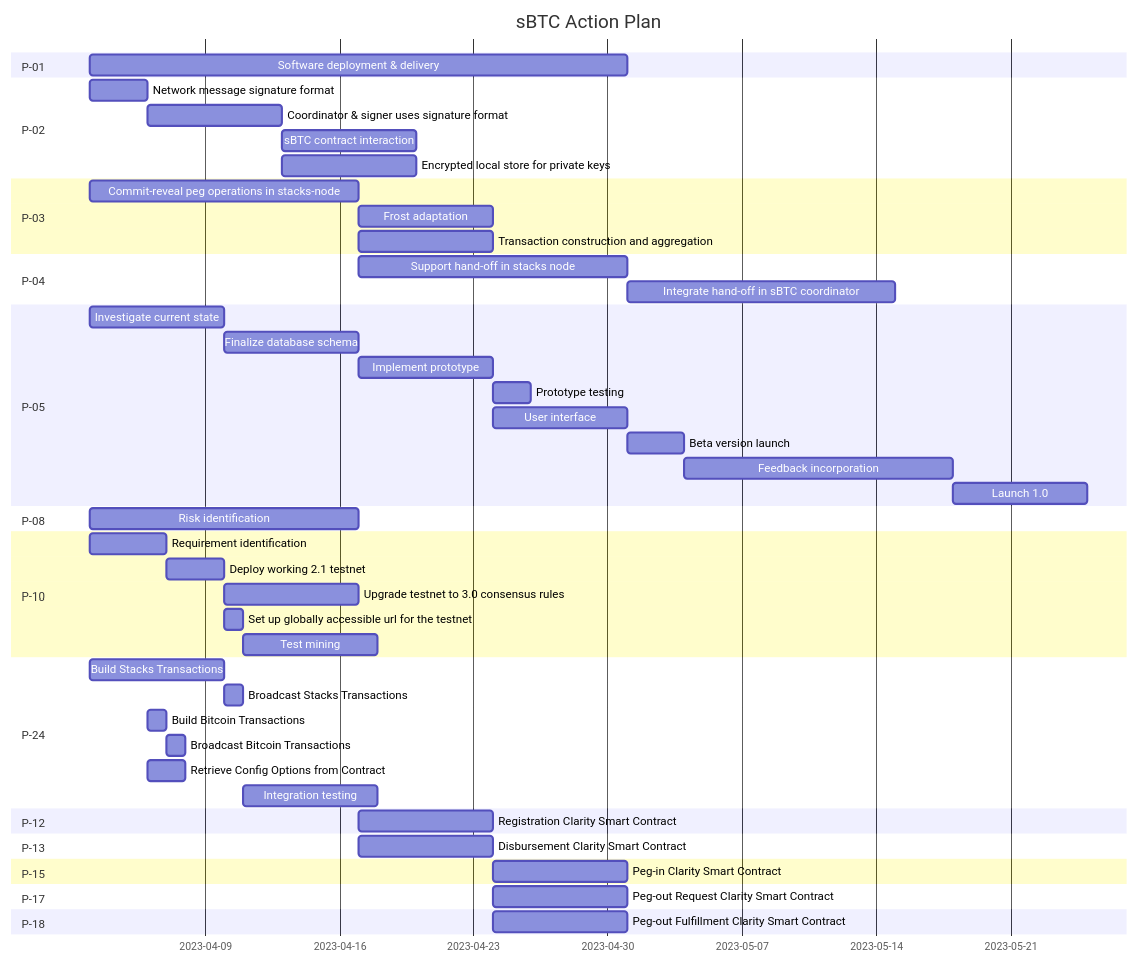
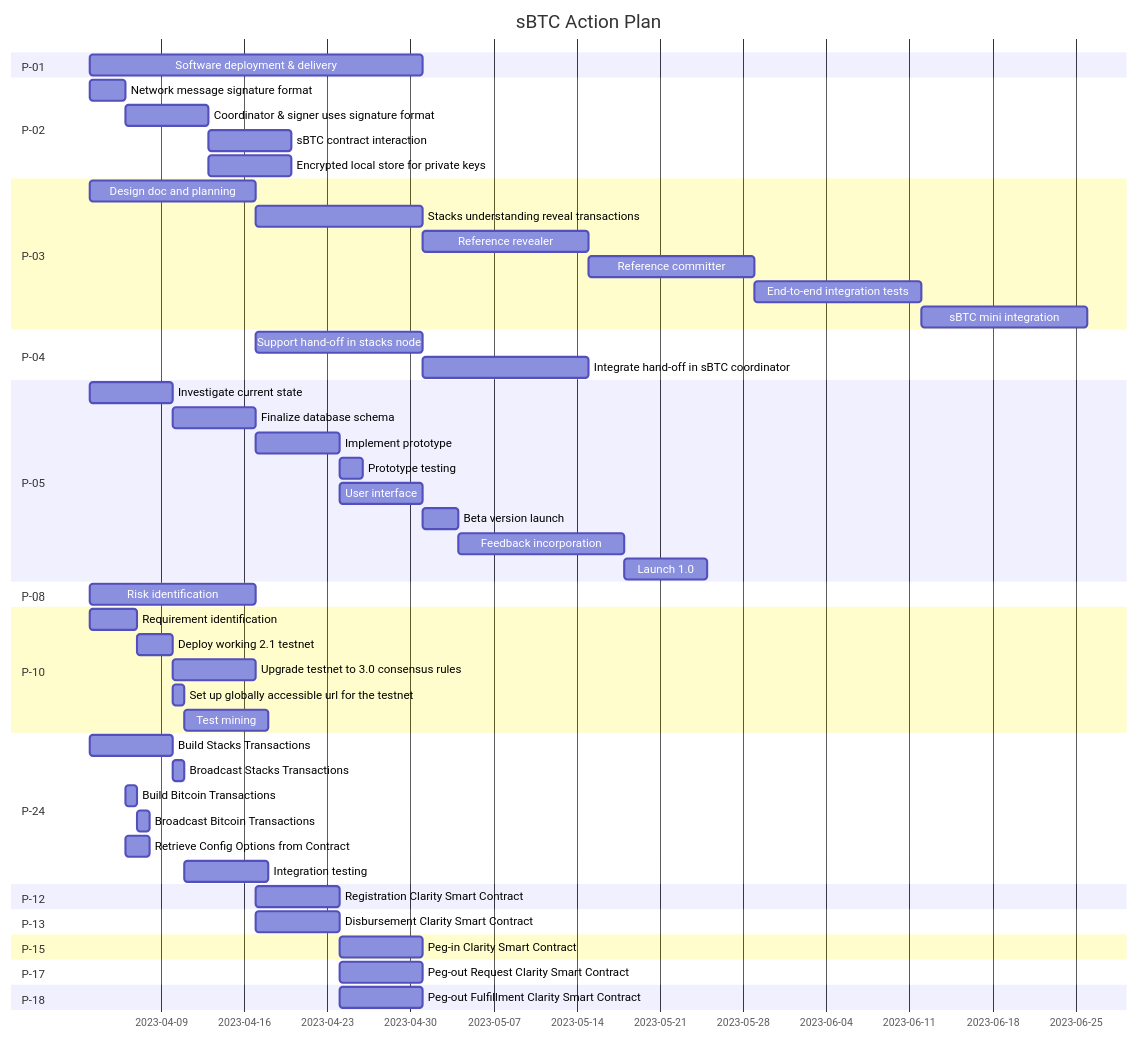
One commit to tbraun96/stacks-sbtc changed the diagram in sbtc-planning/README.md. Above: the diagram before and after it, drawn with Mermaid. The commit also changed 1 other file, not shown here.

Commit message:
Document and define commit reveal op format (#268)
* feat: Design of commit-reveal operations

````diff
--- a/sbtc-planning/README.md
+++ b/sbtc-planning/README.md
@@ -7,68 +7,71 @@
 ```mermaid
 gantt
     dateFormat  YYYY-MM-DD
     title sBTC Action Plan
 
     section P-01
         Software deployment & delivery     :a1, 2023-04-03, 28d
 
     section P-02
         Network message signature format              :b1, 2023-04-03, 3d
         Coordinator & signer uses signature format    :b2, after b1, 7d
         sBTC contract interaction                     :b3, after b2, 7d
         Encrypted local store for private keys        :b4, after  b2, 7d
 
     section P-03
-        Commit-reveal peg operations in stacks-node     :c1, 2023-04-03, 14d
-        Frost adaptation                                :c2, after c1, 7d
-        Transaction construction and aggregation        :c3, after c1, 7d
+        Design doc and planning                         :c1, 2023-04-03, 14d
+        Stacks understanding reveal transactions        :c2, after c1, 14d
+        Reference revealer                              :c3, after c2, 14d
+        Reference committer                             :c4, after c3, 14d
+        End-to-end integration tests                    :c5, after c4, 14d
+        sBTC mini integration                           :c6, after c5, 14d
 
     section P-04
         Support hand-off in stacks node          :d1, after c1, 14d
         Integrate hand-off in sBTC coordinator   :d2, after d1, 14d
 
     section P-05
         Investigate current state     :e1, 2023-04-03, 7d
         Finalize database schema      :e2, after e1, 7d
         Implement prototype           :e3, after e2, 7d
         Prototype testing             :e4, after e3, 2d
         User interface                :e5, after e3, 7d
         Beta version launch           :e6, after e5, 3d
         Feedback incorporation        :e7, after e6, 14d
         Launch 1.0                    :e8, after e7, 7d
 
     section P-08
         Risk identification      :f1, 2023-04-03, 14d
 
     section P-10
         Requirement identification                      :h1, 2023-04-03, 4d
         Deploy working 2.1 testnet                      :h2, after h1, 3d
         Upgrade testnet to 3.0 consensus rules          :h3, after h2, 7d
         Set up globally accessible url for the testnet  :h4, after h2, 1d
         Test mining                                     :h5, after h4, 7d
 
     section P-24
         Build Stacks Transactions              :i1, 2023-04-03, 7d
         Broadcast Stacks Transactions          :i2, after i1, 1d
         Build Bitcoin Transactions             :i3, 2023-04-06, 1d
         Broadcast Bitcoin Transactions         :i4, after i3, 1d
         Retrieve Config Options from Contract  :i5, 2023-04-06, 2d
         Integration testing     :i6, after i2, 7d
 
     section P-12
         Registration Clarity Smart Contract  :j1, 2023-04-17, 7d
 
     section P-13
         Disbursement Clarity Smart Contract  :j1, 2023-04-17, 7d
 
     section P-15
         Peg-in Clarity Smart Contract  :k1, after j1, 7d  
 
     section P-17
         Peg-out Request Clarity Smart Contract  :k1, after j1, 7d  
         
     section P-18
         Peg-out Fulfillment Clarity Smart Contract  :k1, after j1, 7d  
 
 
 ```
````
